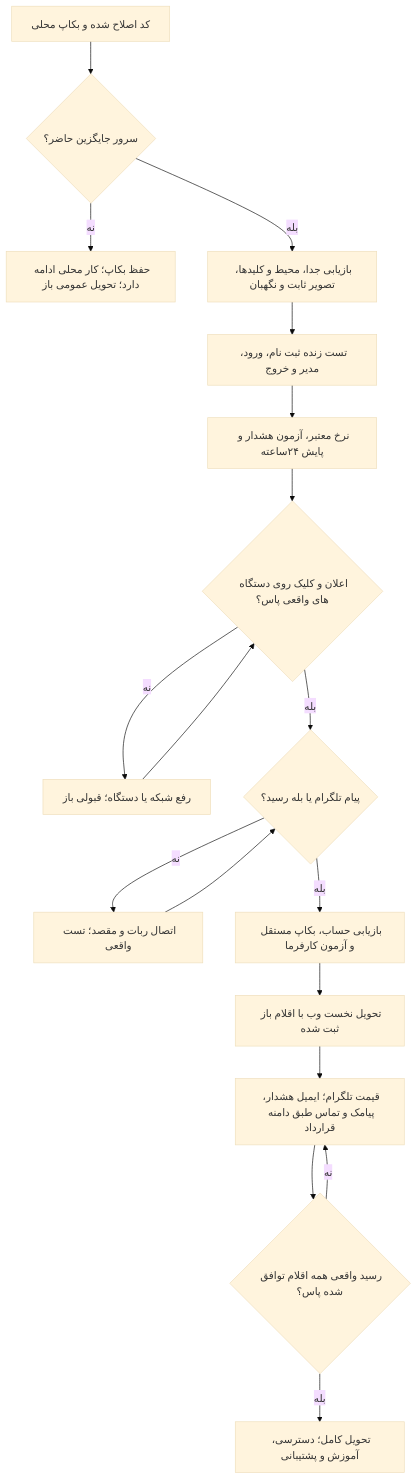
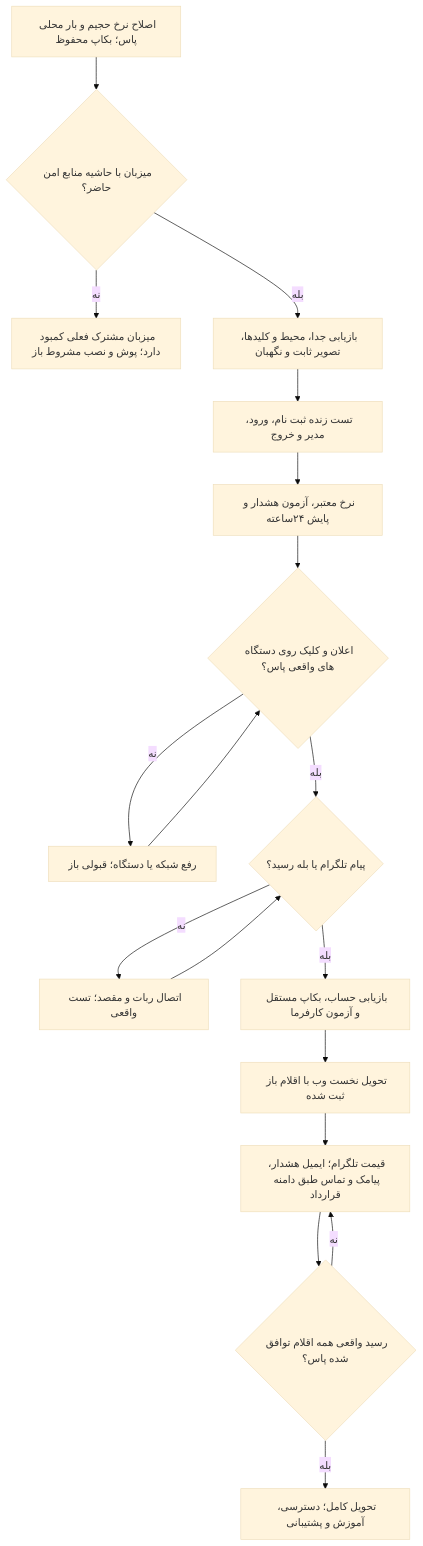
Before and after one commit to Ilia-Shakeri/Nerkhbaan: the first of 2 diagrams in docs/project-completion-roadmap-fa.md, drawn with Mermaid (base theme). The commit also changed other lines of this file and 5 other files, not shown here.

````diff
--- a/docs/project-completion-roadmap-fa.md
+++ b/docs/project-completion-roadmap-fa.md
@@ -57,20 +57,20 @@
 ```mermaid
 flowchart TD
-    A[کد اصلاح شده و بکاپ محلی] --> B{سرور جایگزین حاضر؟}
-    B -->|نه| C[حفظ بکاپ؛ کار محلی ادامه دارد؛ تحویل عمومی باز]
+    A[اصلاح نرخ حجیم و بار محلی پاس؛ بکاپ محفوظ] --> B{میزبان با حاشیه منابع امن حاضر؟}
+    B -->|نه| C[میزبان مشترک فعلی کمبود دارد؛ پوش و نصب مشروط باز]
     B -->|بله| D[بازیابی جدا، محیط و کلیدها، تصویر ثابت و نگهبان]
     D --> E[تست زنده ثبت نام، ورود، مدیر و خروج]
     E --> F[نرخ معتبر، آزمون هشدار و پایش ۲۴ساعته]
     F --> G{اعلان و کلیک روی دستگاه های واقعی پاس؟}
     G -->|نه| H[رفع شبکه یا دستگاه؛ قبولی باز]
     H --> G
     G -->|بله| T{پیام تلگرام یا بله رسید؟}
     T -->|نه| U[اتصال ربات و مقصد؛ تست واقعی]
     U --> T
     T -->|بله| I[بازیابی حساب، بکاپ مستقل و آزمون کارفرما]
     I --> J[تحویل نخست وب با اقلام باز ثبت شده]
     J --> K[قیمت تلگرام؛ ایمیل هشدار، پیامک و تماس طبق دامنه قرارداد]
     K --> L{رسید واقعی همه اقلام توافق شده پاس؟}
     L -->|نه| K
     L -->|بله| M[تحویل کامل؛ دسترسی، آموزش و پشتیبانی]
 ```
````
